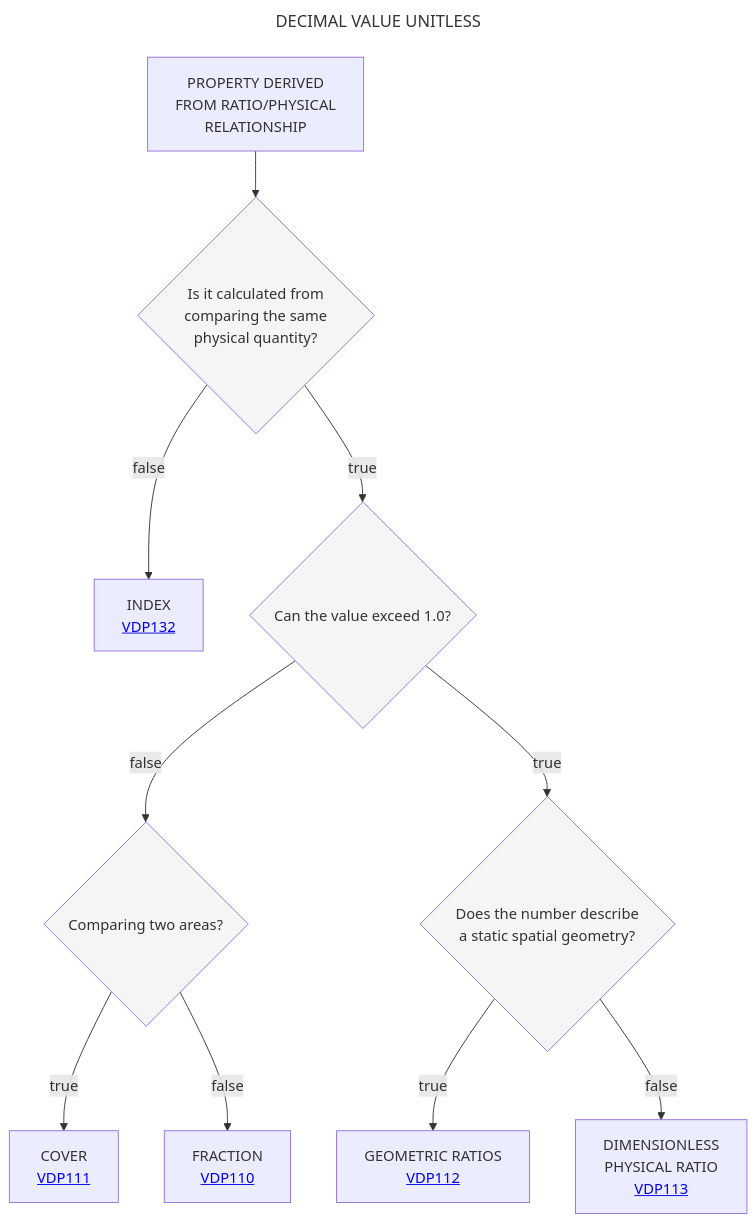
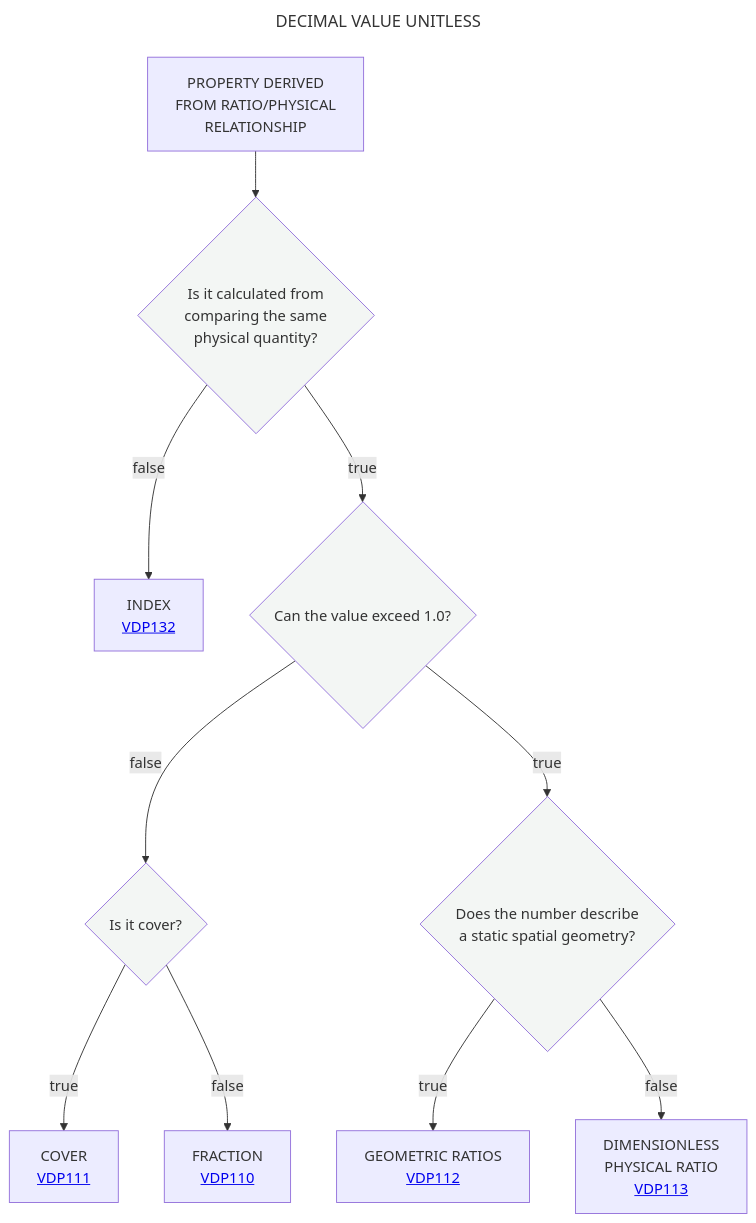
One commit to mabablue/I-ADOPT-patterns-playground changed the diagram in Decisition_trees/DT1.mmd. Above: the diagram before and after it, drawn with Mermaid.

```diff
--- a/Decisition_trees/DT1.mmd
+++ b/Decisition_trees/DT1.mmd
@@ -1,17 +1,17 @@
 ---
 title: DECIMAL VALUE UNITLESS
 ---
 flowchart TD
     A[PROPERTY DERIVED <br> FROM RATIO/PHYSICAL <br> RELATIONSHIP] --> B{Is it calculated from  <br> comparing the same  <br> physical quantity?}:::white
     B --> |false|C[INDEX <br> <a href='https://github.com/mabablue/I-ADOPT-patterns-playground/blob/main/pattern/VDP132.yaml'>VDP132</a>]
     B --> |true|D{Can the value exceed 1.0?}:::white
-    D --> |false|E{Comparing two areas?}:::white
+    D --> |false|E{Is it cover?}:::white
     D --> |true|L{Does the number describe <br> a static spatial geometry?}:::white
     E --> |true|G[COVER <br> <a href='https://github.com/mabablue/I-ADOPT-patterns-playground/blob/main/pattern/VDP111.yaml'>VDP111</a>]
     E --> |false|H[FRACTION <br> <a href='https://github.com/mabablue/I-ADOPT-patterns-playground/blob/main/pattern/VDP110.yaml'>VDP110</a>]
     L --> |true|M[GEOMETRIC RATIOS <br> <a href='https://github.com/mabablue/I-ADOPT-patterns-playground/blob/main/pattern/VDP112.yaml'>VDP112</a>] 
     L --> |false|N[DIMENSIONLESS <br> PHYSICAL RATIO <br> <a href='https://github.com/mabablue/I-ADOPT-patterns-playground/blob/main/pattern/VDP113.yaml'>VDP113</a>]
    classDef blue fill:#90D5FF
    classDef satblue fill:#57B9FF 
    classDef white fill:#f3f6f4
    classDef green fill:#6aa84f
```
